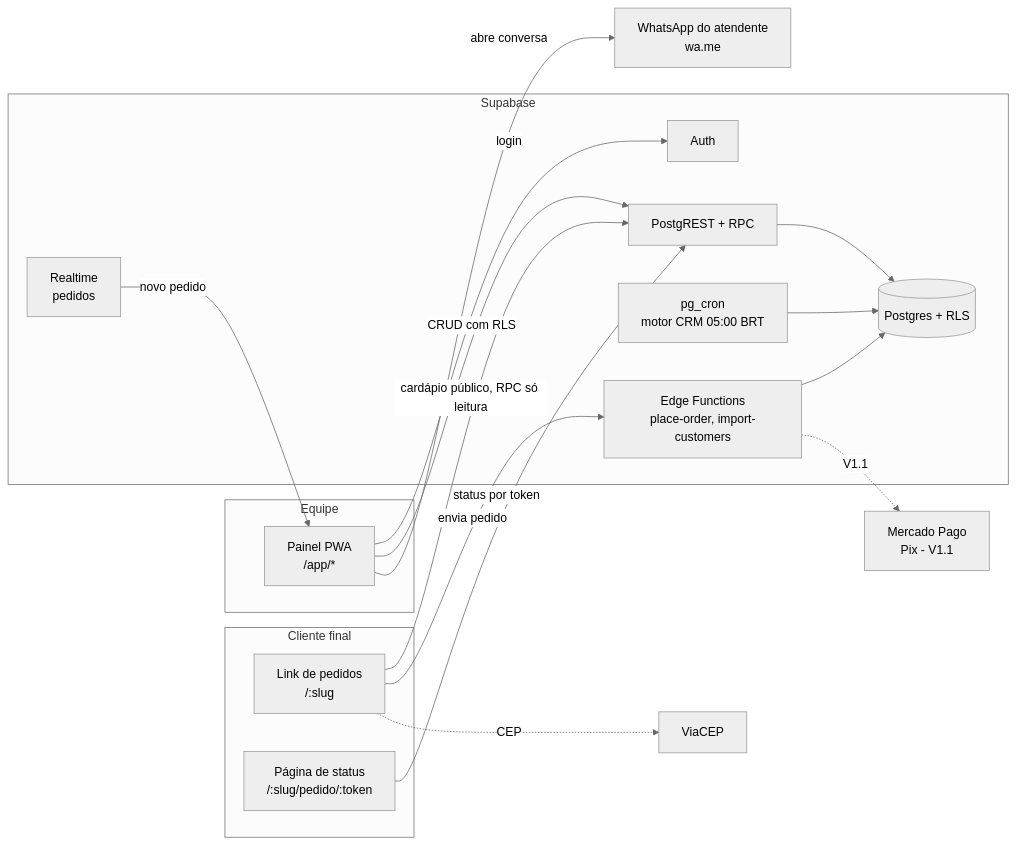
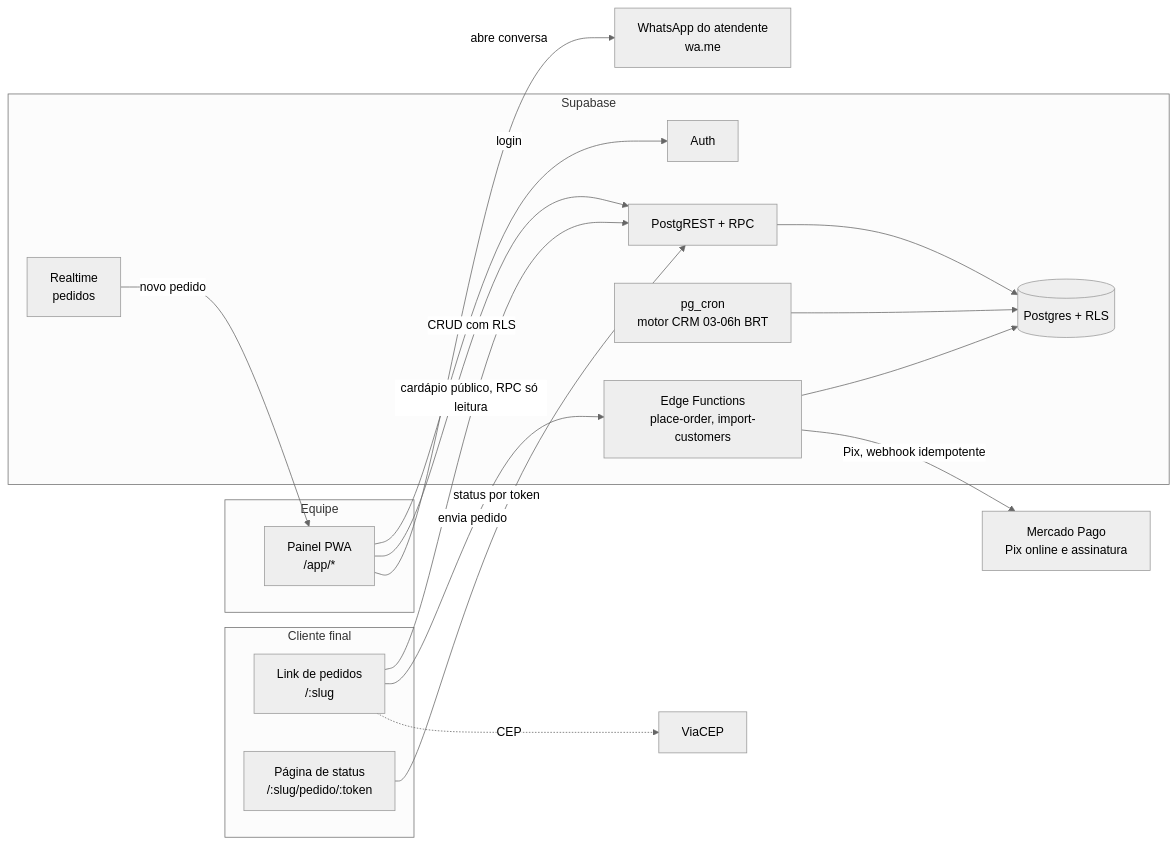
One commit to vagnermartins2026/Pizzaria changed the diagram in docs/PRD.md. Above: the diagram before and after it, drawn with Mermaid (neutral theme). The commit also changed other lines of this file and 4 other files, not shown here.

````diff
--- a/docs/PRD.md
+++ b/docs/PRD.md
@@ -551,34 +561,34 @@
 ```mermaid
 flowchart LR
   subgraph Cliente final
     L[Link de pedidos<br/>/:slug]
     S[Página de status<br/>/:slug/pedido/:token]
   end
   subgraph Equipe
     P[Painel PWA<br/>/app/*]
   end
   subgraph Supabase
     API[PostgREST + RPC]
     EF[Edge Functions<br/>place-order, import-customers]
     DB[(Postgres + RLS)]
     RT[Realtime<br/>pedidos]
-    CRON[pg_cron<br/>motor CRM 05:00 BRT]
+    CRON[pg_cron<br/>motor CRM 03-06h BRT]
     AUTH[Auth]
   end
   VIACEP[ViaCEP]
   WA[WhatsApp do atendente<br/>wa.me]
-  MP[Mercado Pago<br/>Pix - V1.1]
+  MP[Mercado Pago<br/>Pix online e assinatura]
 
   L -->|cardápio público, RPC só leitura| API
   L -->|envia pedido| EF
   L -.->|CEP| VIACEP
   S -->|status por token| API
   P -->|login| AUTH
   P -->|CRUD com RLS| API
   RT -->|novo pedido| P
   EF --> DB
   API --> DB
   CRON --> DB
   P -->|abre conversa| WA
-  EF -.->|V1.1| MP
+  EF -->|Pix, webhook idempotente| MP
 ```
````
